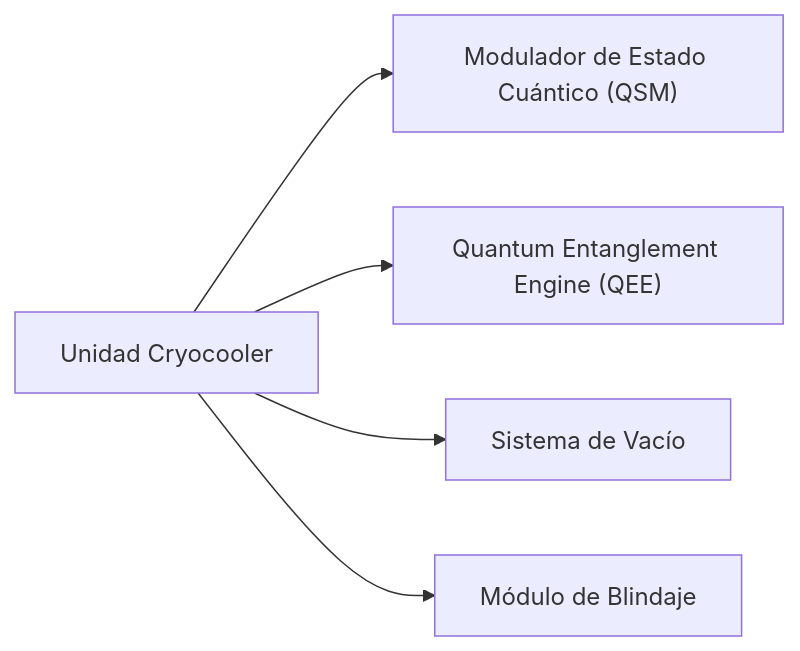
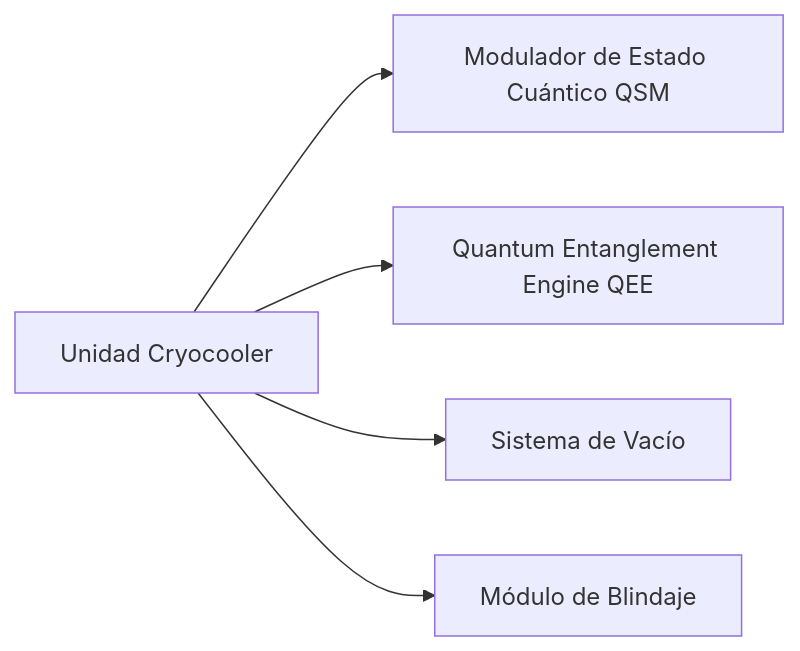
Before and after one commit to Robbbo-T/Ampel360XWLRGA: diagram 14 of 28 in FTC-71-00 QPS.md, drawn with Mermaid. The commit also changed other lines of this file, not shown here.

````diff
--- a/FTC-71-00 QPS.md
+++ b/FTC-71-00 QPS.md
@@ -1643,7 +1643,7 @@
 ```mermaid
 flowchart LR
-    A["Unidad Cryocooler"] --> B["Modulador de Estado Cuántico (QSM)"]
-    A --> C["Quantum Entanglement Engine (QEE)"]
+    A["Unidad Cryocooler"] --> B["Modulador de Estado Cuántico QSM"]
+    A --> C["Quantum Entanglement Engine QEE"]
     A --> D["Sistema de Vacío"]
     A --> E["Módulo de Blindaje"]
 ```
````
